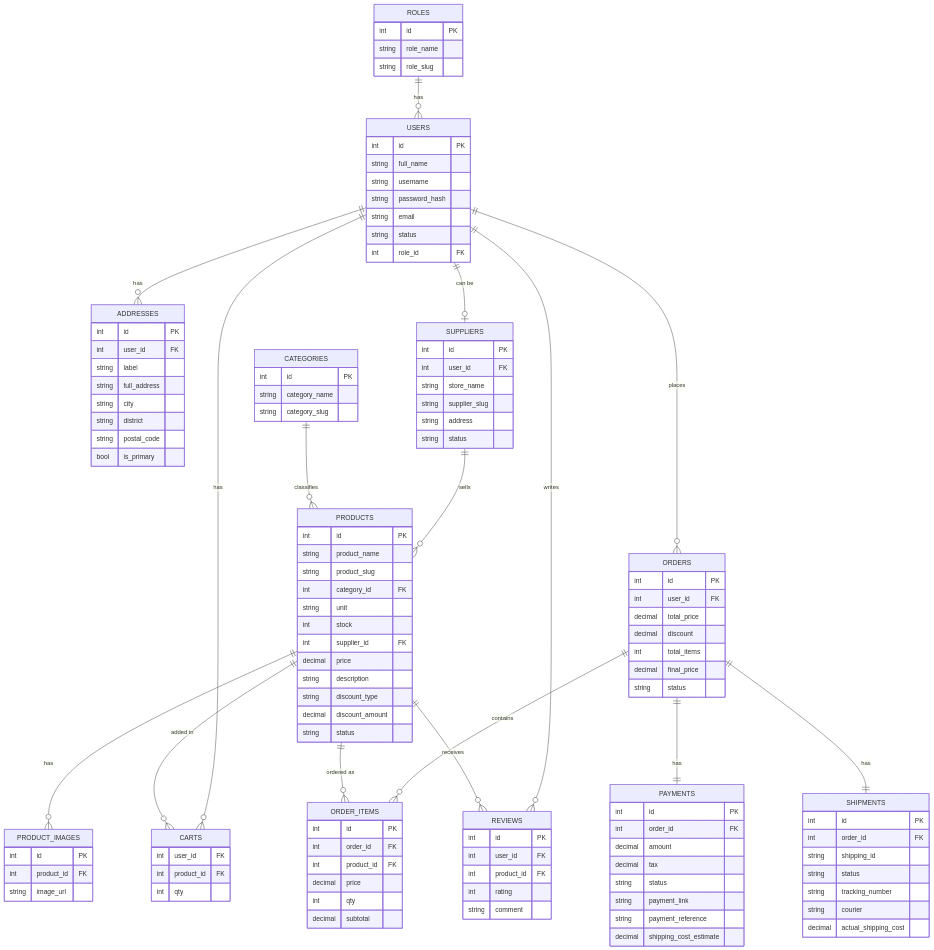
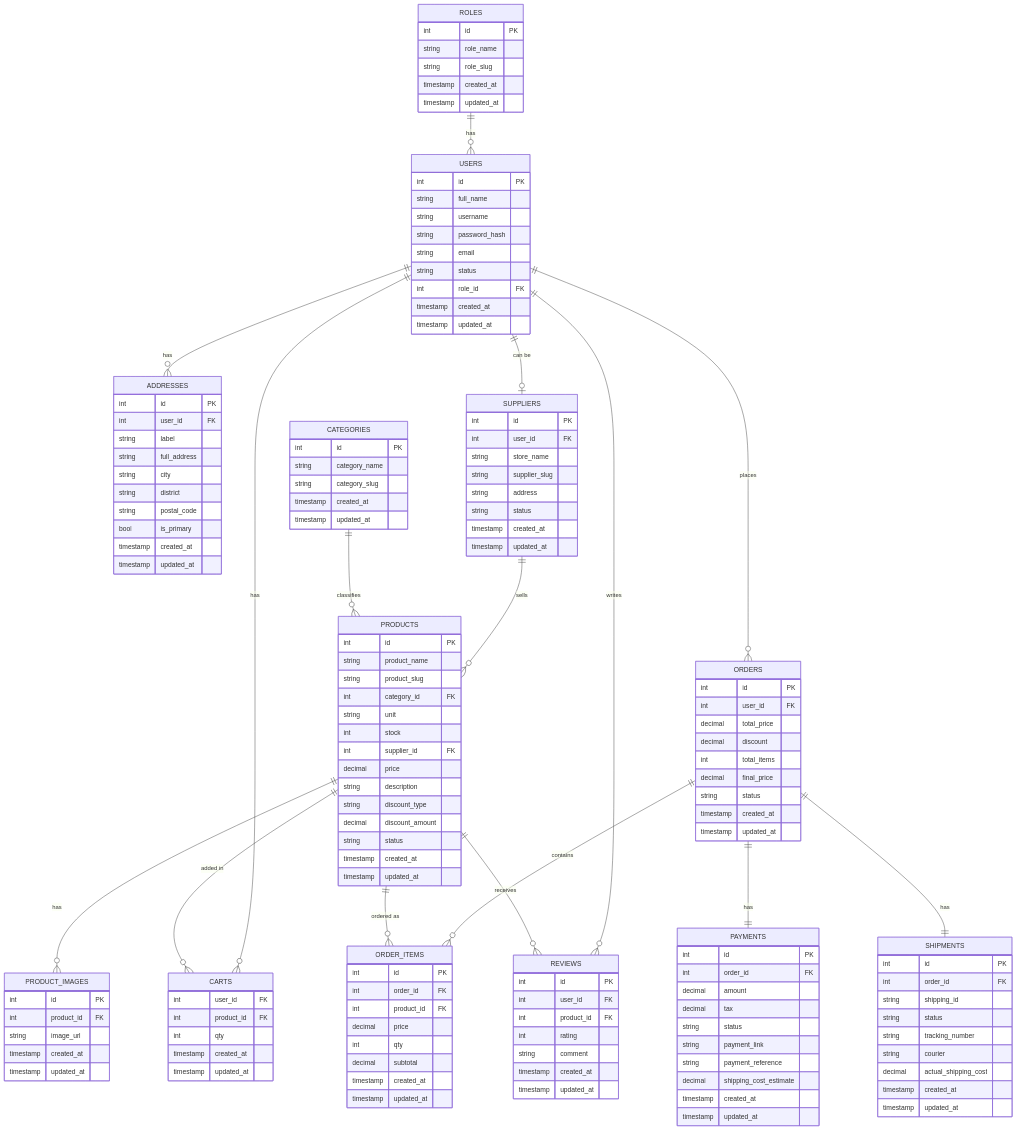
One commit to Djarottosca/finalproject-ftgo-1 changed the sixth of 6 diagrams in PLANS.md. Above: the diagram before and after it, drawn with Mermaid. The commit also changed 4 other files, not shown here.

````diff
--- a/PLANS.md
+++ b/PLANS.md
@@ -214,11 +214,15 @@
         string email
         string status
         int role_id FK
+        timestamp created_at
+        timestamp updated_at
     }
     ROLES {
         int id PK
         string role_name
         string role_slug
+        timestamp created_at
+        timestamp updated_at
     }
     SUPPLIERS {
         int id PK
@@ -227,6 +231,8 @@
         string supplier_slug
         string address
         string status
+        timestamp created_at
+        timestamp updated_at
     }
     ADDRESSES {
         int id PK
@@ -237,11 +243,15 @@
         string district
         string postal_code
         bool is_primary
+        timestamp created_at
+        timestamp updated_at
     }
     CATEGORIES {
         int id PK
         string category_name
         string category_slug
+        timestamp created_at
+        timestamp updated_at
     }
     PRODUCTS {
         int id PK
@@ -256,16 +266,22 @@
         string discount_type
         decimal discount_amount
         string status
+        timestamp created_at
+        timestamp updated_at
     }
     PRODUCT_IMAGES {
         int id PK
         int product_id FK
         string image_url
+        timestamp created_at
+        timestamp updated_at
     }
     CARTS {
         int user_id FK
         int product_id FK
         int qty
+        timestamp created_at
+        timestamp updated_at
     }
     ORDERS {
         int id PK
@@ -275,6 +291,8 @@
         int total_items
         decimal final_price
         string status
+        timestamp created_at
+        timestamp updated_at
     }
     ORDER_ITEMS {
         int id PK
@@ -283,6 +301,8 @@
         decimal price
         int qty
         decimal subtotal
+        timestamp created_at
+        timestamp updated_at
     }
     PAYMENTS {
         int id PK
@@ -293,6 +313,8 @@
         string payment_link
         string payment_reference
         decimal shipping_cost_estimate
+        timestamp created_at
+        timestamp updated_at
     }
     SHIPMENTS {
         int id PK
@@ -302,6 +324,8 @@
         string tracking_number
         string courier
         decimal actual_shipping_cost
+        timestamp created_at
+        timestamp updated_at
     }
     REVIEWS {
         int id PK
@@ -309,5 +333,7 @@
         int product_id FK
         int rating
         string comment
+        timestamp created_at
+        timestamp updated_at
     }
 ```
````
